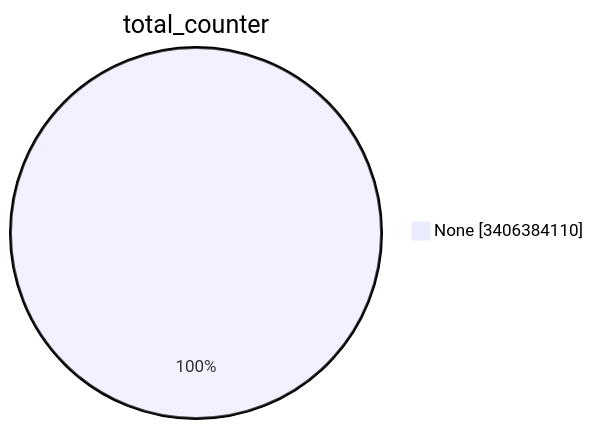
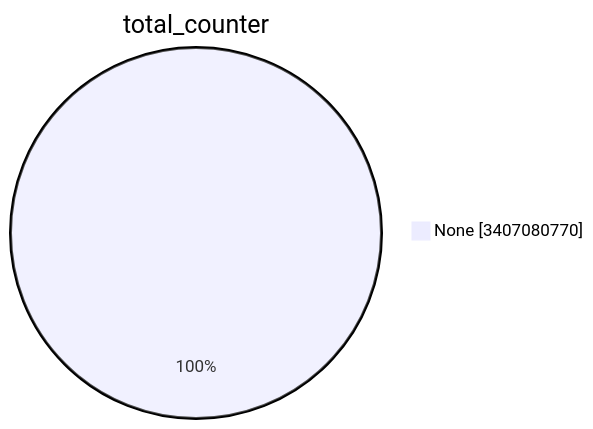
One commit to christiankrug/ctmonitor_visualization changed the first of 15 diagrams in TOTAL/README.md. Above: the diagram before and after it, drawn with Mermaid. The commit also changed other lines of this file, not shown here.

````diff
--- a/TOTAL/README.md
+++ b/TOTAL/README.md
@@ -1,5 +1,5 @@
 ```mermaid
 pie showData
 title total_counter
-"None" :3406384110
+"None" :3407080770
 ```
````
